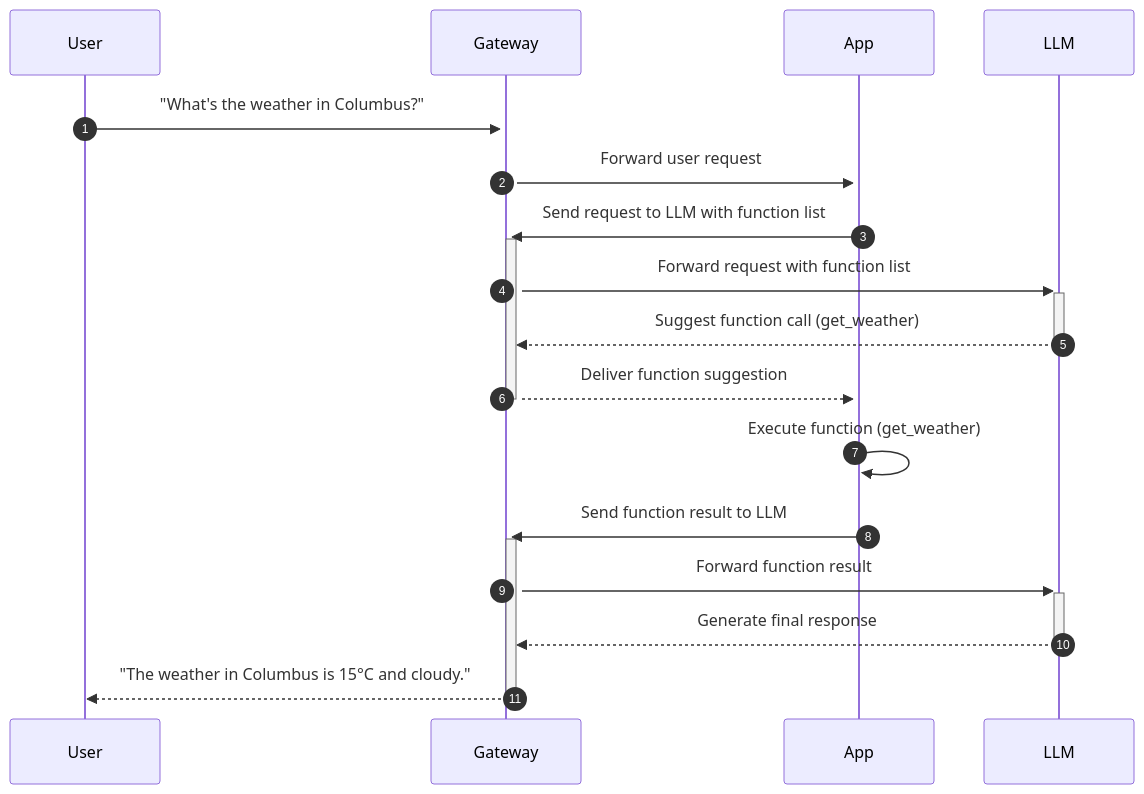
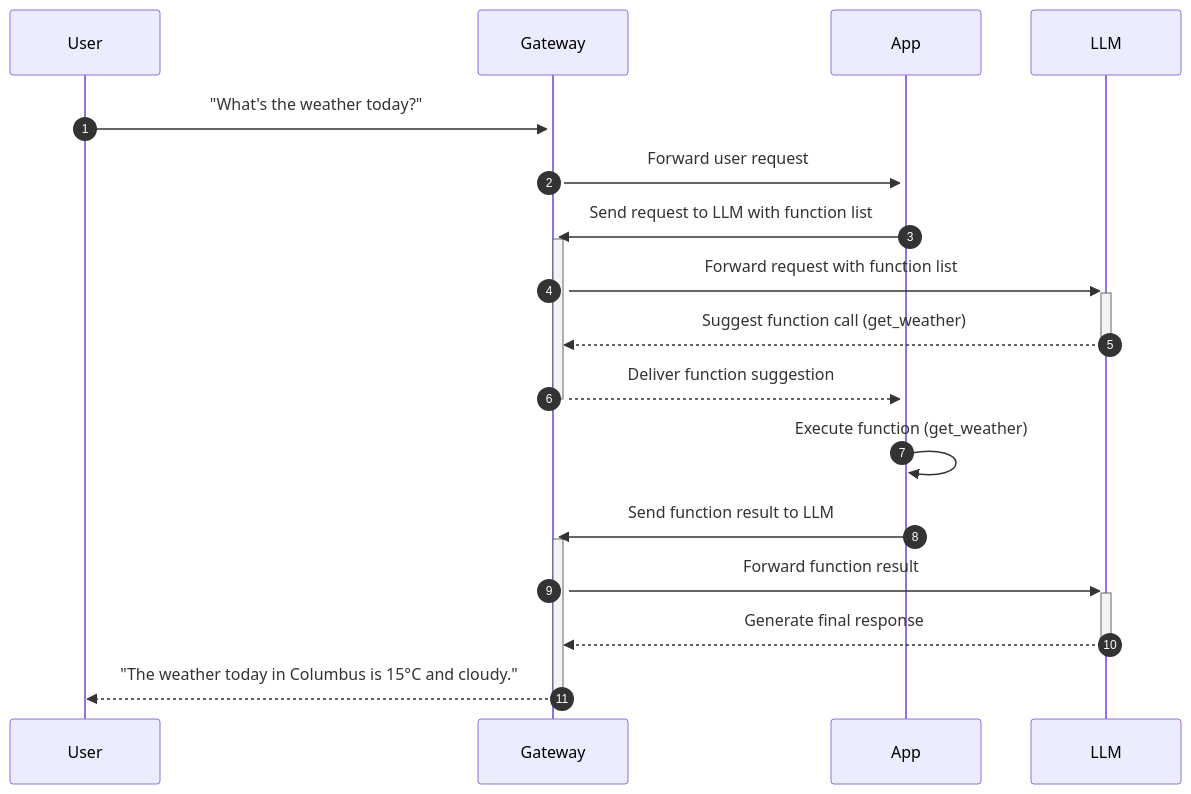
The diagram in content/docs/ai/functions.md (kgateway-dev/kgateway.dev), drawn with Mermaid before and after one commit. The commit also changed other lines of this file, not shown here.

````diff
--- a/content/docs/ai/functions.md
+++ b/content/docs/ai/functions.md
@@ -26,15 +26,15 @@
 ```mermaid
 sequenceDiagram
     autonumber
-    User->>+Gateway: "What's the weather in Columbus?"
+    User->>+Gateway: "What's the weather today?"
     Gateway->>+App: Forward user request
     App->>+Gateway: Send request to LLM with function list
     Gateway->>+LLM: Forward request with function list
     LLM-->>-Gateway: Suggest function call (get_weather)
     Gateway-->>-App: Deliver function suggestion
     App->>+App: Execute function (get_weather)
     App->>+Gateway: Send function result to LLM
     Gateway->>+LLM: Forward function result
     LLM-->>-Gateway: Generate final response
-    Gateway-->>-User: "The weather in Columbus is 15°C and cloudy."
+    Gateway-->>-User: "The weather today in Columbus is 15°C and cloudy."
 ```
````
